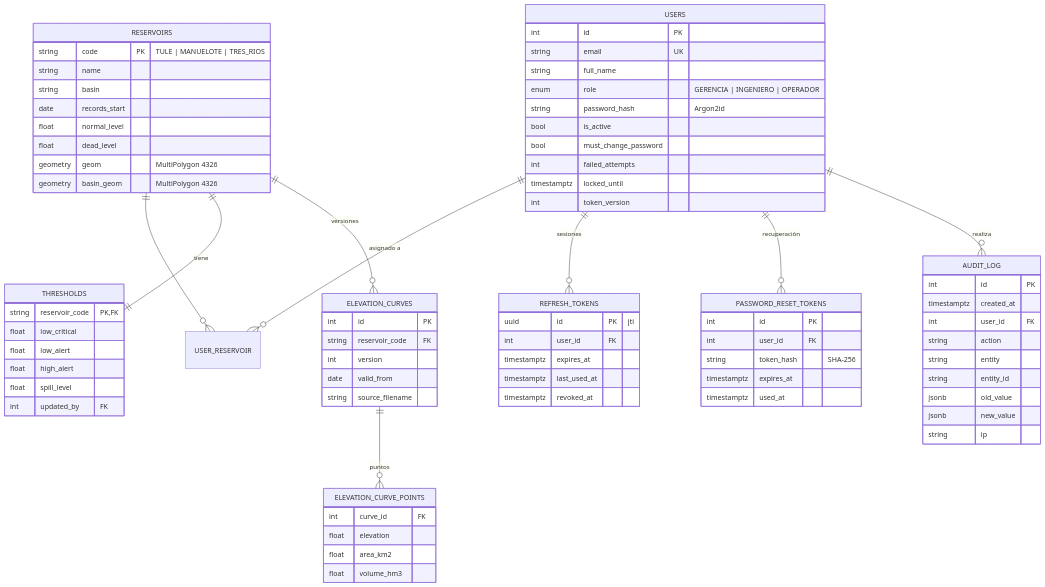
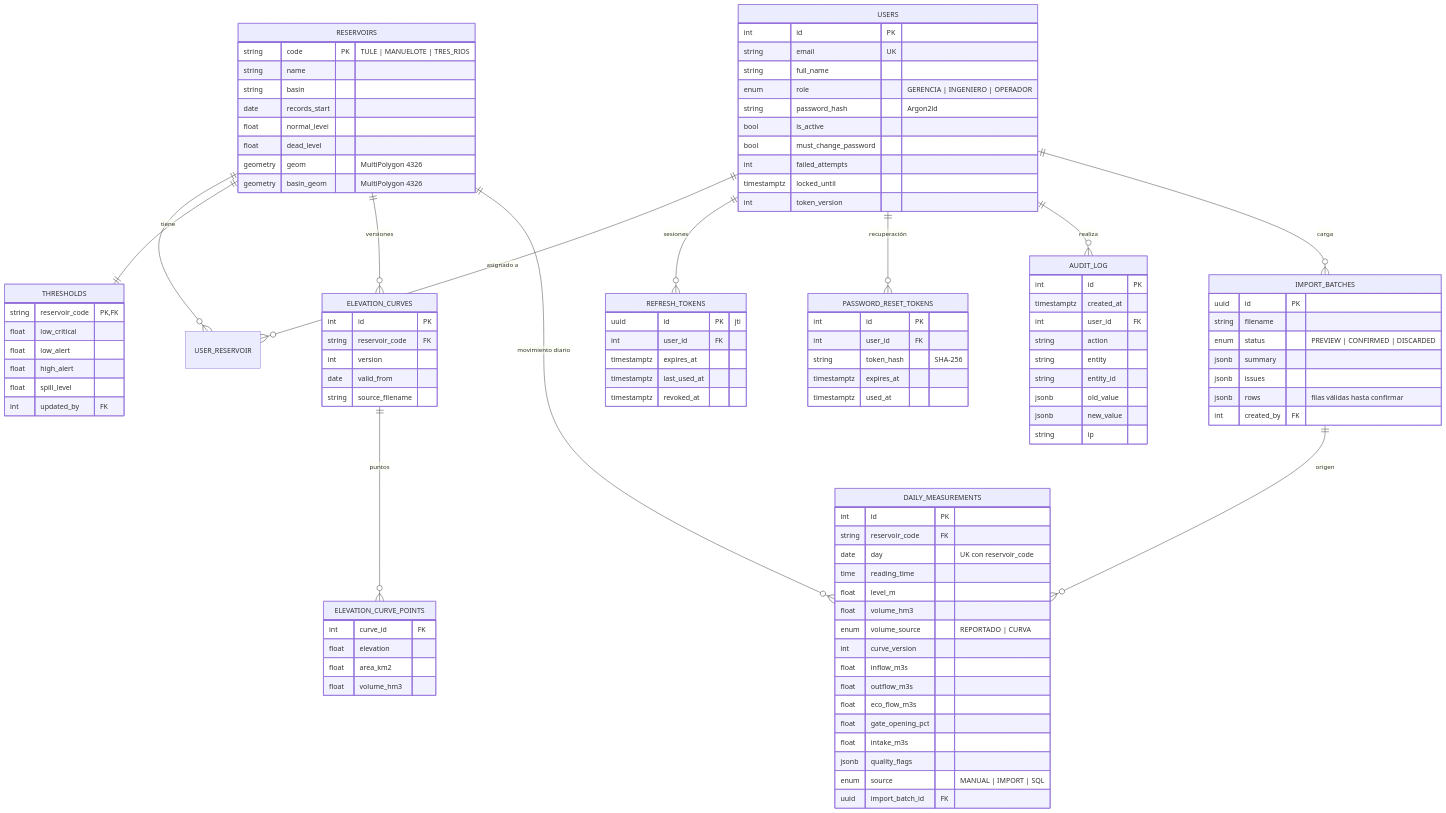
The fourth of 7 diagrams in docs/arquitectura.md (hunalds/plataforma-hidrica), drawn with Mermaid before and after one commit. The commit also changed other lines of this file and 4 other files, not shown here.

```diff
--- a/docs/arquitectura.md
+++ b/docs/arquitectura.md
@@ -101,6 +101,9 @@
     USERS ||--o{ REFRESH_TOKENS : sesiones
     USERS ||--o{ PASSWORD_RESET_TOKENS : recuperación
     USERS ||--o{ AUDIT_LOG : realiza
+    RESERVOIRS ||--o{ DAILY_MEASUREMENTS : "movimiento diario"
+    IMPORT_BATCHES ||--o{ DAILY_MEASUREMENTS : "origen"
+    USERS ||--o{ IMPORT_BATCHES : carga
 
     USERS {
         int id PK
@@ -159,6 +162,33 @@
         timestamptz expires_at
         timestamptz used_at
     }
+    DAILY_MEASUREMENTS {
+        int id PK
+        string reservoir_code FK
+        date day "UK con reservoir_code"
+        time reading_time
+        float level_m
+        float volume_hm3
+        enum volume_source "REPORTADO | CURVA"
+        int curve_version
+        float inflow_m3s
+        float outflow_m3s
+        float eco_flow_m3s
+        float gate_opening_pct
+        float intake_m3s
+        jsonb quality_flags
+        enum source "MANUAL | IMPORT | SQL"
+        uuid import_batch_id FK
+    }
+    IMPORT_BATCHES {
+        uuid id PK
+        string filename
+        enum status "PREVIEW | CONFIRMED | DISCARDED"
+        jsonb summary
+        jsonb issues
+        jsonb rows "filas válidas hasta confirmar"
+        int created_by FK
+    }
     AUDIT_LOG {
         int id PK
         timestamptz created_at
```
